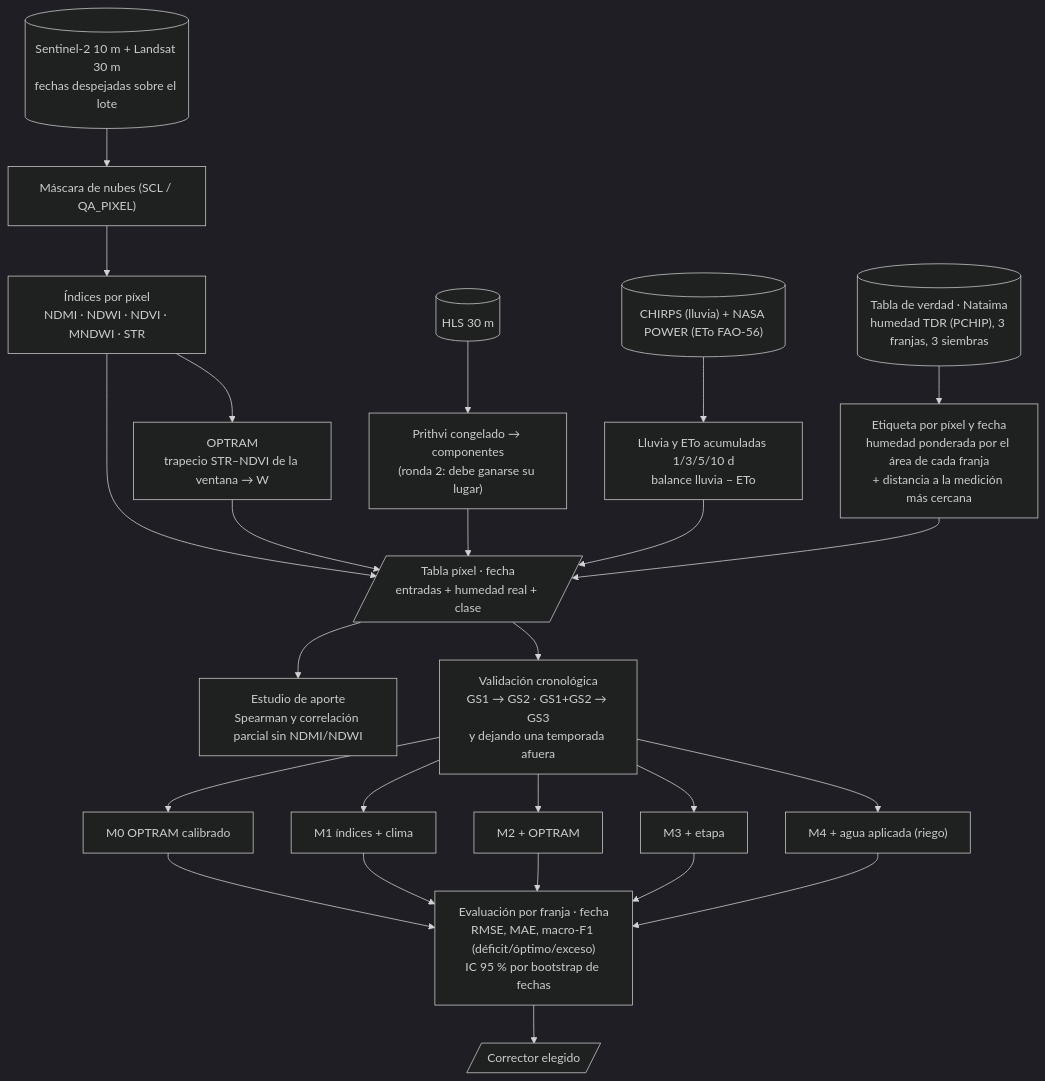
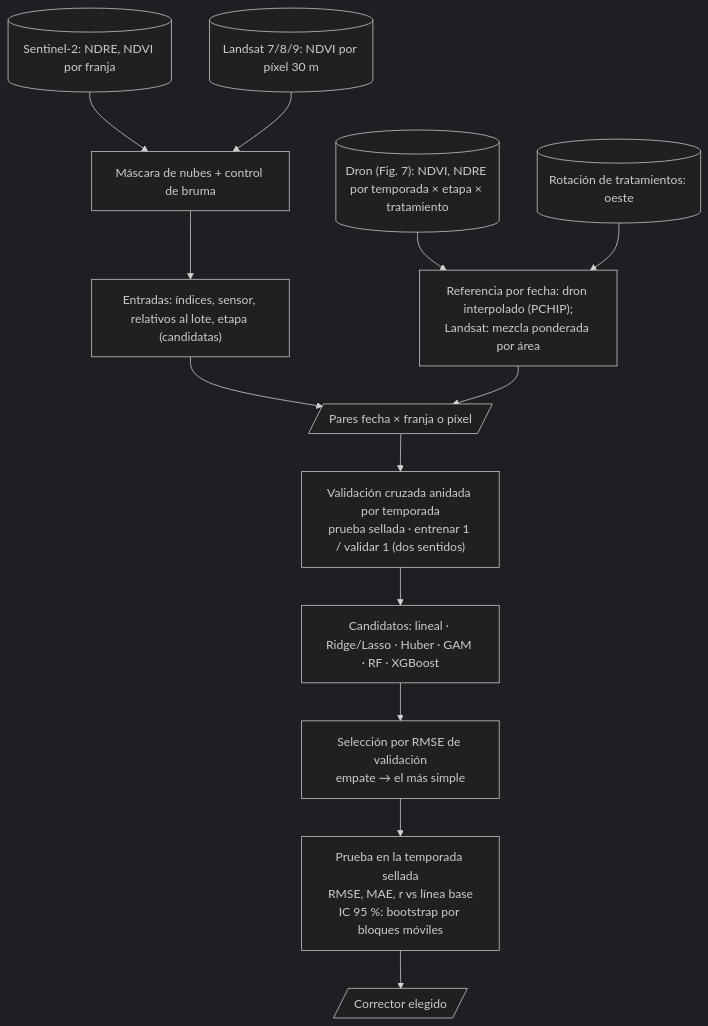
One commit to GomSal/SIRA changed the first of 3 diagrams in docs/informe_preliminar.md. Above: the diagram before and after it, drawn with Mermaid (dark theme). The commit also changed other lines of this file, not shown here.

Commit message:
Informe preliminar reestructurado: nueva variable de interés del modelo B (corrector satélite→dron) con esquema entrenamiento/validación/prueba anidado por temporada y modelos candidatos; bitácora de pruebas

````diff
--- a/docs/informe_preliminar.md
+++ b/docs/informe_preliminar.md
@@ -134,32 +212,19 @@
 ```mermaid
 flowchart TB
-  CAMPO[("Tabla de verdad · Nataima<br/>humedad TDR (PCHIP), 3 franjas, 3 siembras")]
-  SAT[("Sentinel-2 10 m + Landsat 30 m<br/>fechas despejadas sobre el lote")]
-  HLS[("HLS 30 m")]
-  CLI[("CHIRPS (lluvia) + NASA POWER (ETo FAO-56)")]
-  SAT --> Q["Máscara de nubes (SCL / QA_PIXEL)"] --> IDX["Índices por píxel<br/>NDMI · NDWI · NDVI · MNDWI · STR"]
-  IDX --> OPT["OPTRAM<br/>trapecio STR–NDVI de la ventana → W"]
-  HLS --> PRI["Prithvi congelado → componentes<br/>(ronda 2: debe ganarse su lugar)"]
-  CLI --> CL["Lluvia y ETo acumuladas 1/3/5/10 d<br/>balance lluvia − ETo"]
-  CAMPO --> ETQ["Etiqueta por píxel y fecha<br/>humedad ponderada por el área de cada franja<br/>+ distancia a la medición más cercana"]
-  IDX --> T
-  OPT --> T
-  PRI --> T
-  CL --> T
-  ETQ --> T
-  T[/"Tabla píxel · fecha<br/>entradas + humedad real + clase"/]
-  T --> AP["Estudio de aporte<br/>Spearman y correlación parcial sin NDMI/NDWI"]
-  T --> VAL["Validación cronológica<br/>GS1 → GS2 · GS1+GS2 → GS3<br/>y dejando una temporada afuera"]
-  VAL --> M0["M0 OPTRAM calibrado"]
-  VAL --> M1["M1 índices + clima"]
-  VAL --> M2["M2 + OPTRAM"]
-  VAL --> M3["M3 + etapa"]
-  VAL --> M4["M4 + agua aplicada (riego)"]
-  M0 --> EV
-  M1 --> EV
-  M2 --> EV
-  M3 --> EV
-  M4 --> EV
-  EV["Evaluación por franja · fecha<br/>RMSE, MAE, macro-F1 (déficit/óptimo/exceso)<br/>IC 95 % por bootstrap de fechas"]
-  EV --> SEL[/"Corrector elegido"/]
+  S2[("Sentinel-2: NDRE, NDVI por franja")]
+  L[("Landsat 7/8/9: NDVI por píxel 30 m")]
+  DR[("Dron (Fig. 7): NDVI, NDRE por temporada × etapa × tratamiento")]
+  ROT[("Rotación de tratamientos: oeste")]
+  S2 --> QC["Máscara de nubes + control de bruma"]
+  L --> QC
+  QC --> X["Entradas: índices, sensor, relativos al lote, etapa (candidatas)"]
+  DR --> Y["Referencia por fecha: dron interpolado (PCHIP);<br/>Landsat: mezcla ponderada por área"]
+  ROT --> Y
+  X --> T[/"Pares fecha × franja o píxel"/]
+  Y --> T
+  T --> CV["Validación cruzada anidada por temporada<br/>prueba sellada · entrenar 1 / validar 1 (dos sentidos)"]
+  CV --> M["Candidatos: lineal · Ridge/Lasso · Huber · GAM · RF · XGBoost"]
+  M --> SEL["Selección por RMSE de validación<br/>empate → el más simple"]
+  SEL --> TEST["Prueba en la temporada sellada<br/>RMSE, MAE, r vs línea base<br/>IC 95 %: bootstrap por bloques móviles"]
+  TEST --> B[/"Corrector elegido"/]
 ```
````
